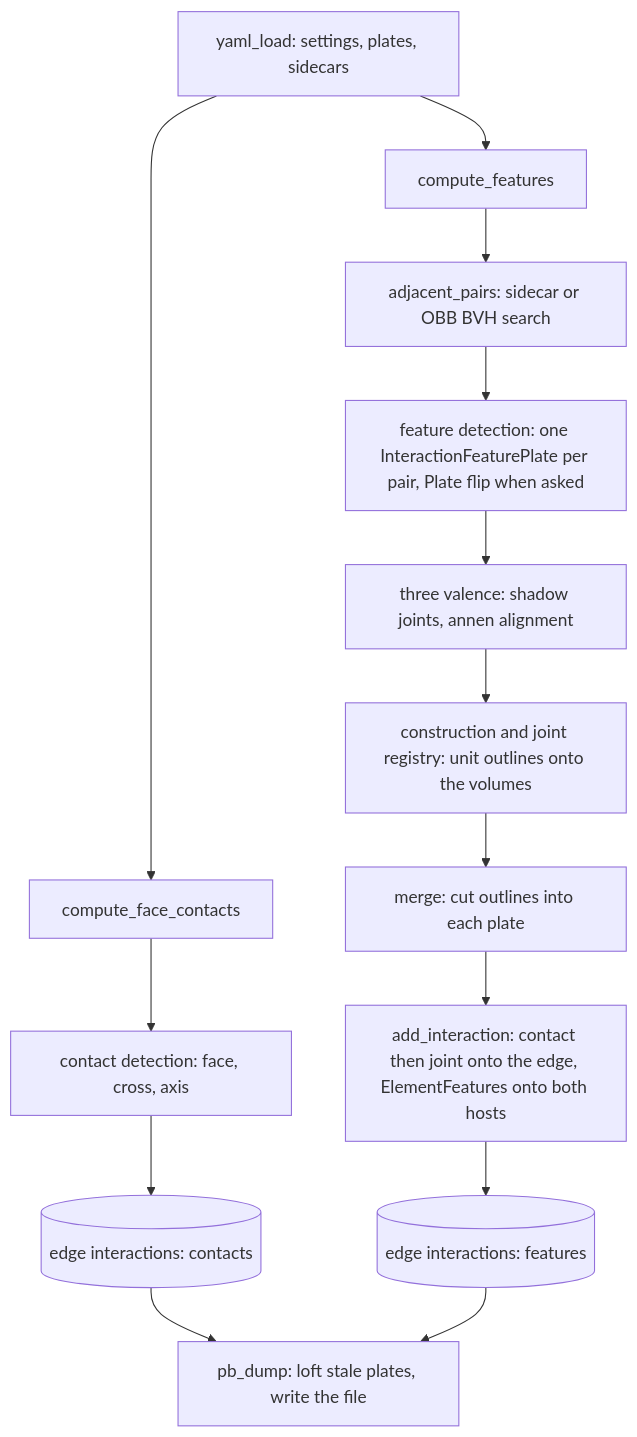
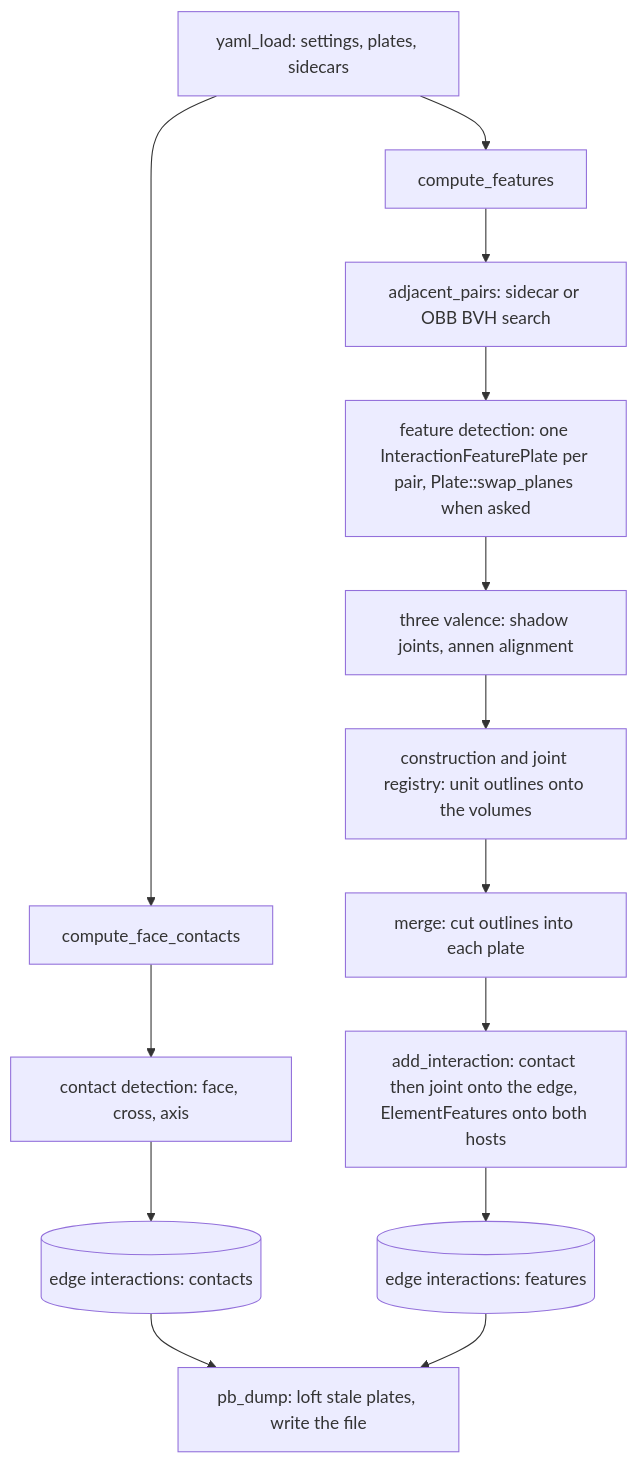
The eighth of 10 diagrams in src/docs.md (petrasvestartas/wood), drawn with Mermaid before and after one commit. The commit also changed other lines of this file and 19 other files, not shown here.

````diff
--- a/src/docs.md
+++ b/src/docs.md
@@ -277,16 +277,16 @@
 ```mermaid
 flowchart TB
     Y["yaml_load: settings, plates, sidecars"] --> CC["compute_face_contacts"]
     Y --> CF["compute_features"]
     CC --> CD["contact detection: face, cross, axis"]
     CD --> ST[("edge interactions: contacts")]
     CF --> AP["adjacent_pairs: sidecar or OBB BVH search"]
-    AP --> FD["feature detection: one InteractionFeaturePlate per pair, Plate flip when asked"]
+    AP --> FD["feature detection: one InteractionFeaturePlate per pair, Plate::swap_planes when asked"]
     FD --> TV["three valence: shadow joints, annen alignment"]
     TV --> FC["construction and joint registry: unit outlines onto the volumes"]
     FC --> MM["merge: cut outlines into each plate"]
     MM --> AF["add_interaction: contact then joint onto the edge, ElementFeatures onto both hosts"]
     AF --> ST2[("edge interactions: features")]
     ST --> PB["pb_dump: loft stale plates, write the file"]
     ST2 --> PB
 ```
````
